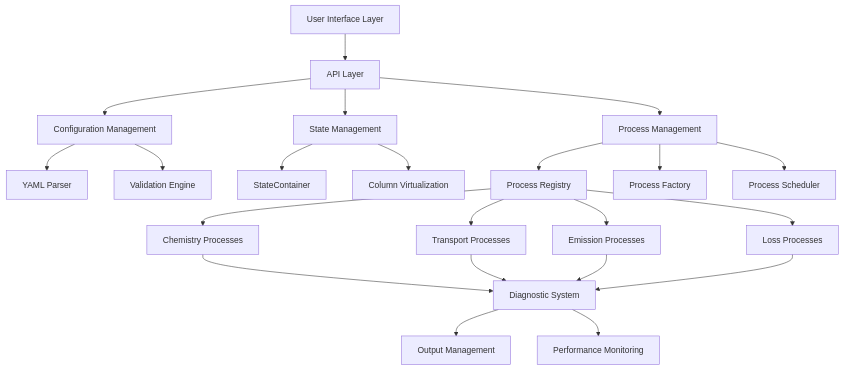
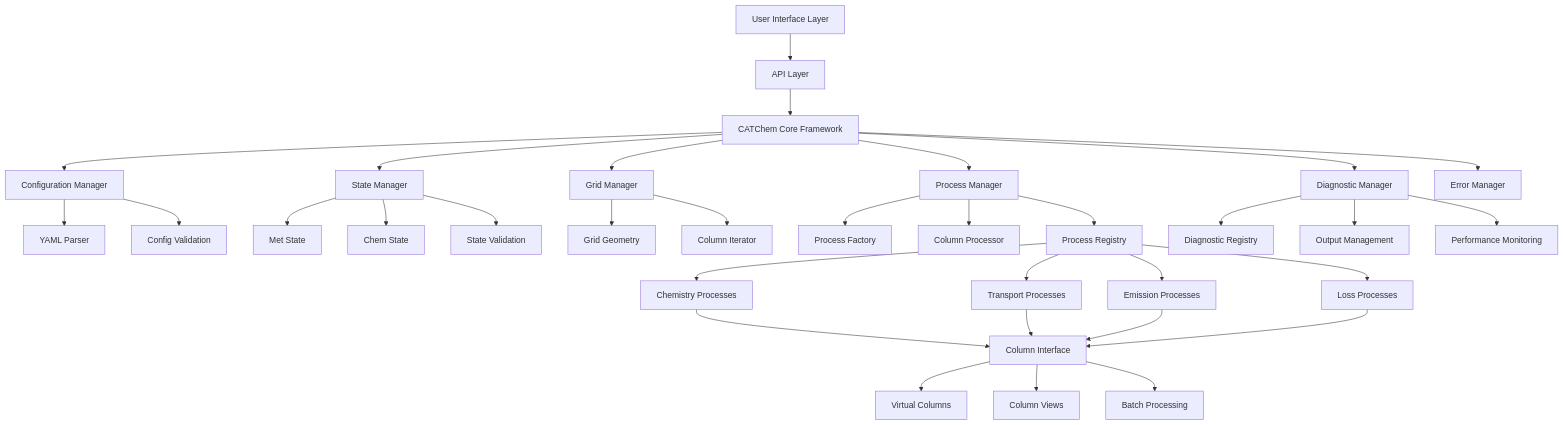
One commit to jianheACM/CATChem changed the diagram in docs/developer-guide/architecture.md. Above: the diagram before and after it, drawn with Mermaid. The commit also changed other lines of this file and 115 other files, not shown here.

````diff
--- a/docs/developer-guide/architecture.md
+++ b/docs/developer-guide/architecture.md
@@ -19,30 +19,44 @@
 ```mermaid
 graph TB
     A[User Interface Layer] --> B[API Layer]
-    B --> C[Configuration Management]
-    B --> D[State Management]
-    B --> E[Process Management]
+    B --> C[CATChem Core Framework]
 
-    C --> F[YAML Parser]
-    C --> G[Validation Engine]
+    C --> D[Configuration Manager]
+    C --> E[State Manager]
+    C --> F[Grid Manager]
+    C --> G[Process Manager]
+    C --> H[Diagnostic Manager]
+    C --> I[Error Manager]
 
-    D --> H[StateContainer]
-    D --> I[Column Virtualization]
+    D --> J[YAML Parser]
+    D --> K[Config Validation]
 
-    E --> J[Process Registry]
-    E --> K[Process Factory]
-    E --> L[Process Scheduler]
+    E --> L[Met State]
+    E --> M[Chem State]
+    E --> N[State Validation]
 
-    J --> M[Chemistry Processes]
-    J --> N[Transport Processes]
-    J --> O[Emission Processes]
-    J --> P[Loss Processes]
+    F --> O[Grid Geometry]
+    F --> P[Column Iterator]
 
-    M --> Q[Diagnostic System]
-    N --> Q
-    O --> Q
-    P --> Q
+    G --> Q[Process Factory]
+    G --> R[Column Processor]
+    G --> S[Process Registry]
 
-    Q --> R[Output Management]
-    Q --> S[Performance Monitoring]
+    S --> T[Chemistry Processes]
+    S --> U[Transport Processes]
+    S --> V[Emission Processes]
+    S --> W[Loss Processes]
+
+    H --> X[Diagnostic Registry]
+    H --> Y[Output Management]
+    H --> Z[Performance Monitoring]
+
+    T --> AA[Column Interface]
+    U --> AA
+    V --> AA
+    W --> AA
+
+    AA --> BB[Virtual Columns]
+    AA --> CC[Column Views]
+    AA --> DD[Batch Processing]
 ```
````
